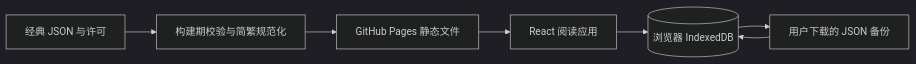
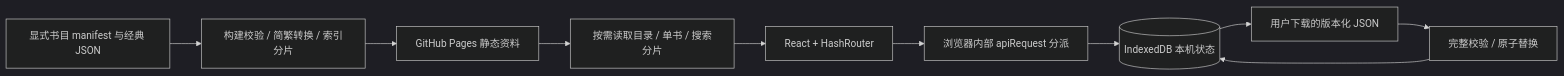
One commit to Lin-Phoeo/fanjin-scripture-library changed the diagram in docs/ARCHITECTURE.md. Above: the diagram before and after it, drawn with Mermaid (dark theme). The commit also changed other lines of this file and 24 other files, not shown here.

````diff
--- a/docs/ARCHITECTURE.md
+++ b/docs/ARCHITECTURE.md
@@ -3,9 +5,12 @@
 ```mermaid
 flowchart LR
-  Catalog[经典 JSON 与许可] --> Build[构建期校验与简繁规范化]
-  Build --> Pages[GitHub Pages 静态文件]
-  Pages --> Browser[React 阅读应用]
-  Browser --> Local[(浏览器 IndexedDB)]
-  Local --> Backup[用户下载的 JSON 备份]
-  Backup --> Local
+  Source[显式书目 manifest 与经典 JSON] --> Build[构建校验 / 简繁转换 / 索引分片]
+  Build --> Assets[GitHub Pages 静态资料]
+  Assets --> Catalog[按需读取目录 / 单书 / 搜索分片]
+  Catalog --> React[React + HashRouter]
+  React --> Adapter[浏览器内部 apiRequest 分派]
+  Adapter --> Local[(IndexedDB 本机状态)]
+  Local --> Backup[用户下载的版本化 JSON]
+  Backup --> Validate[完整校验 / 原子替换]
+  Validate --> Local
 ```
````
